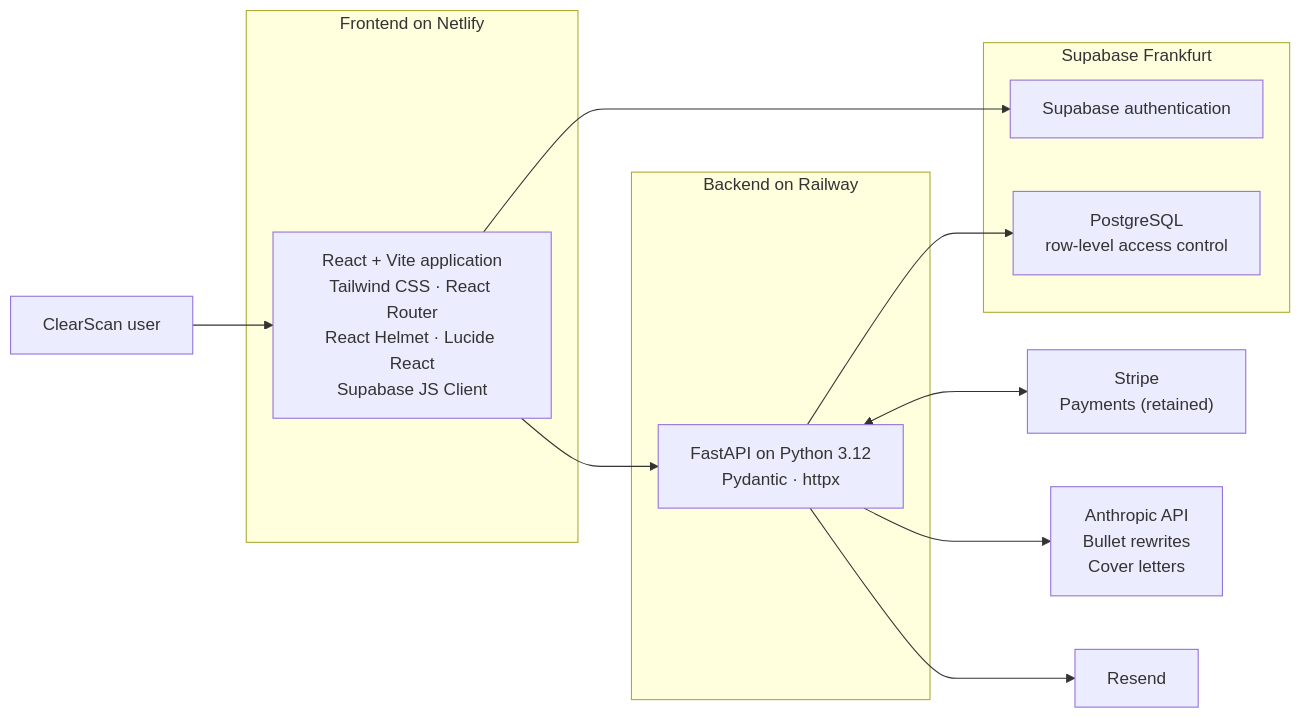
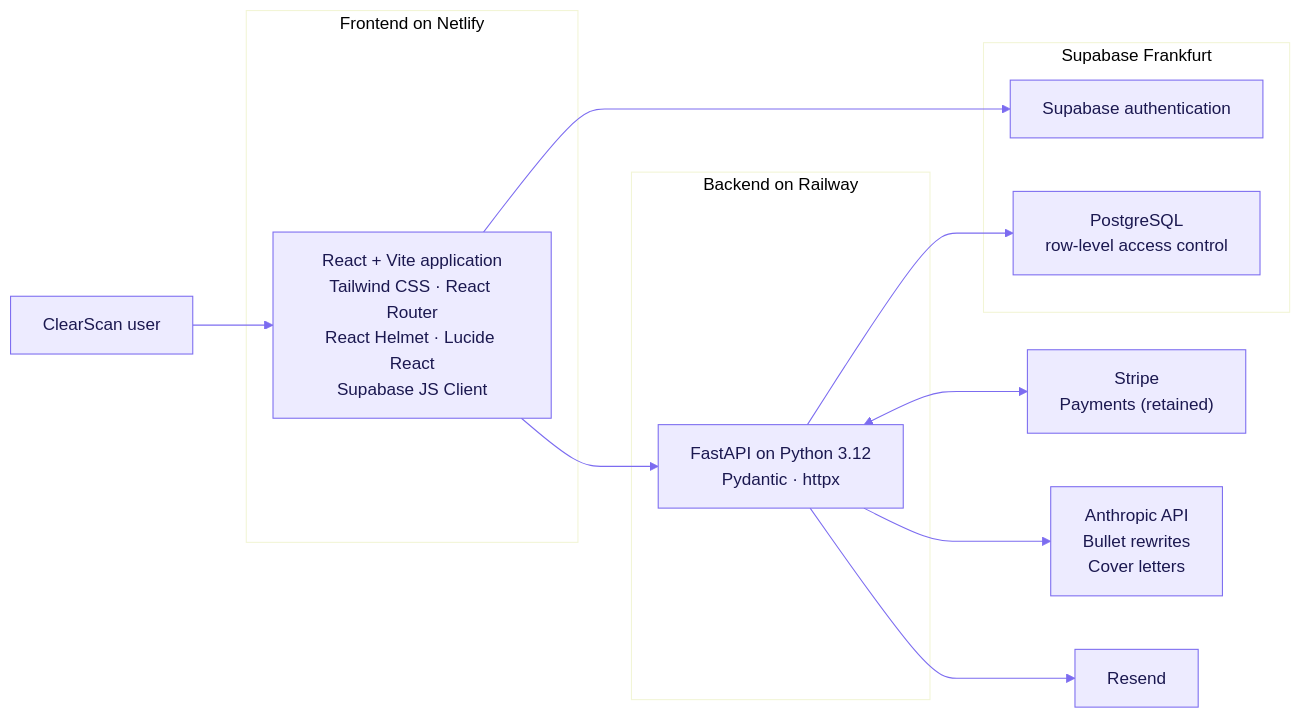
Before and after one commit to swagatskalita092/clearscan-engineering: the diagram in docs/02-architecture.md, drawn with Mermaid. The commit also changed other lines of this file and 3 other files, not shown here.

Commit message:
Rewrite architecture, technology choices and testing pages

````diff
--- a/docs/02-architecture.md
+++ b/docs/02-architecture.md
@@ -7,29 +10,30 @@
 ```mermaid
+%%{init: {'theme':'base','themeVariables':{'primaryColor':'#EDEBFF','primaryTextColor':'#1B1850','primaryBorderColor':'#7C6CF0','lineColor':'#7C6CF0','fontFamily':'Inter, Segoe UI, sans-serif'}}}%%
 flowchart LR
     User[ClearScan user]
 
     subgraph Frontend["Frontend on Netlify"]
         Web["React + Vite application<br/>Tailwind CSS · React Router<br/>React Helmet · Lucide React<br/>Supabase JS Client"]
     end
 
     subgraph Backend["Backend on Railway"]
         API["FastAPI on Python 3.12<br/>Pydantic · httpx"]
     end
 
     subgraph Data["Supabase Frankfurt"]
         Auth["Supabase authentication"]
         DB["PostgreSQL<br/>row-level access control"]
     end
 
     Stripe["Stripe<br/>Payments (retained)"]
     Anthropic["Anthropic API<br/>Bullet rewrites<br/>Cover letters"]
     Resend["Resend"]
 
     User --> Web
     Web --> API
     Web --> Auth
     API --> DB
     API <--> Stripe
     API --> Anthropic
     API --> Resend
 ```
````
